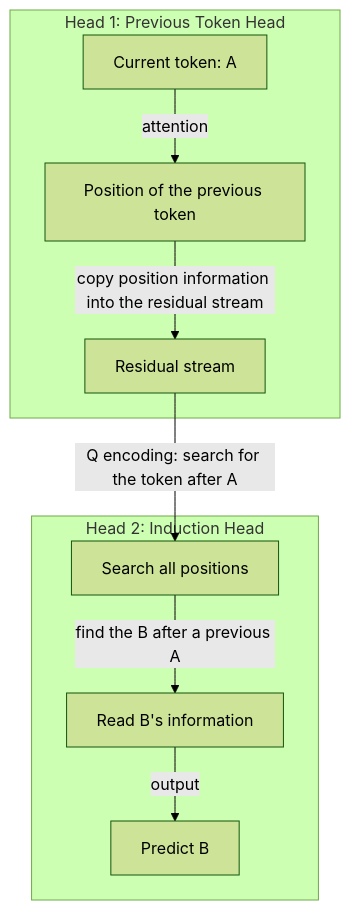
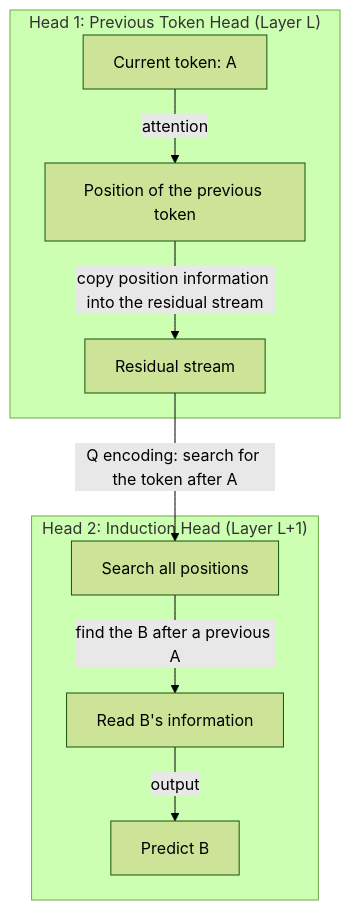
Before and after one commit to yingwang/thinking-in-llm: the third of 5 diagrams in en/chapters/02-attention.md, drawn with Mermaid (forest theme). The commit also changed other lines of this file and 31 other files, not shown here.

````diff
--- a/en/chapters/02-attention.md
+++ b/en/chapters/02-attention.md
@@ -269,13 +269,13 @@
 ```mermaid
 graph TB
-    subgraph "Head 1: Previous Token Head"
+    subgraph "Head 1: Previous Token Head (Layer L)"
         A["Current token: A"] -->|"attention"| B["Position of the previous token"]
         B -->|"copy position information into the residual stream"| C["Residual stream"]
     end
 
-    subgraph "Head 2: Induction Head"
+    subgraph "Head 2: Induction Head (Layer L+1)"
         C -->|"Q encoding: search for the token after A"| D["Search all positions"]
         D -->|"find the B after a previous A"| E["Read B's information"]
         E -->|"output"| F["Predict B"]
     end
 ```
````
